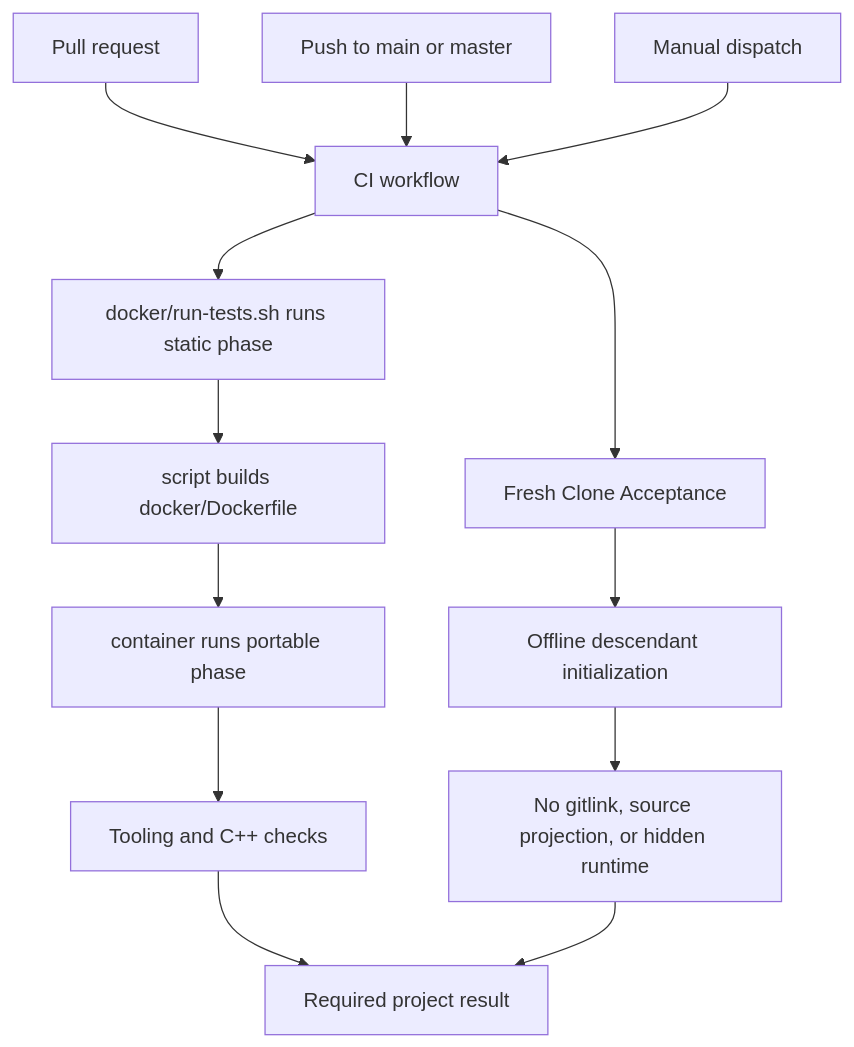
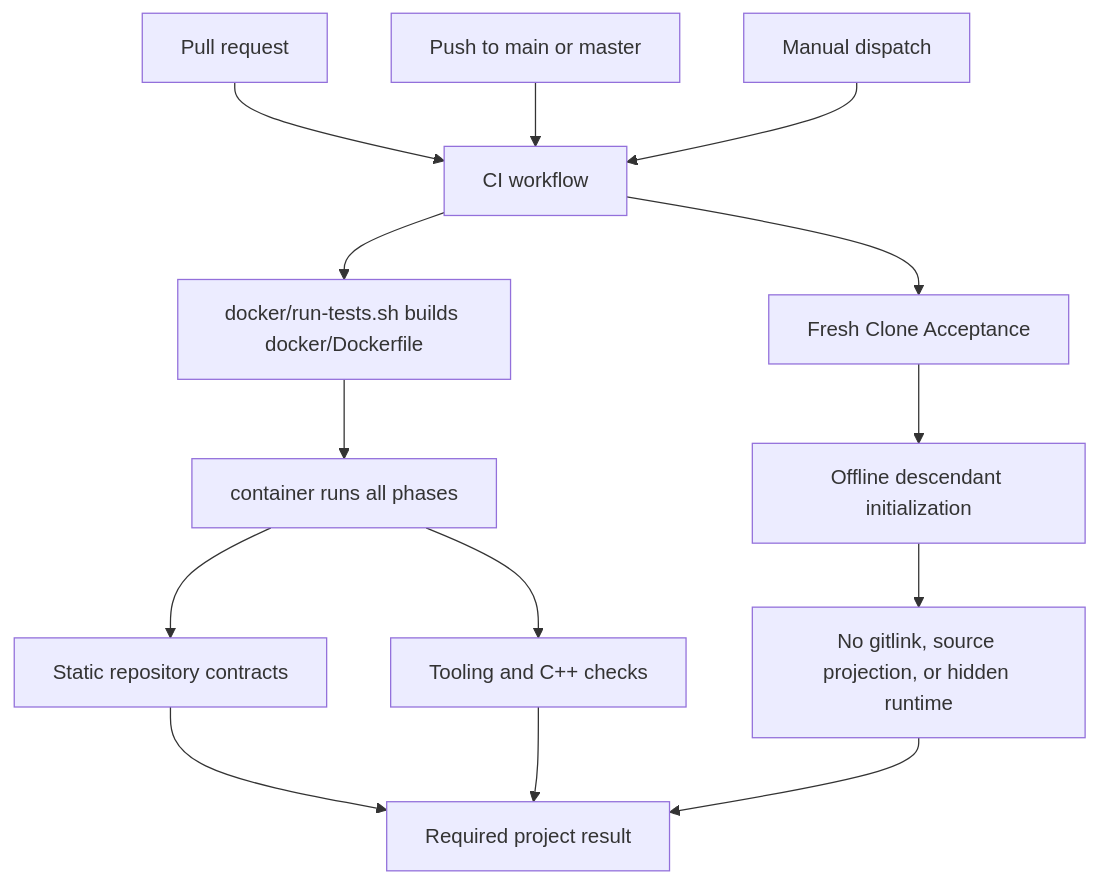
One commit to iwashita-nozomu/project_template changed the diagram in documents/design/github-actions.md. Above: the diagram before and after it, drawn with Mermaid. The commit also changed other lines of this file, not shown here.

````diff
--- a/documents/design/github-actions.md
+++ b/documents/design/github-actions.md
@@ -24,15 +24,16 @@
 ```mermaid
 flowchart TD
   pr[Pull request] --> ci[CI workflow]
   push[Push to main or master] --> ci
   manual[Manual dispatch] --> ci
-  ci --> static[docker/run-tests.sh runs static phase]
-  static --> build[script builds docker/Dockerfile]
-  build --> run[container runs portable phase]
-  run --> checks[Tooling and C++ checks]
+  ci --> build[docker/run-tests.sh builds docker/Dockerfile]
+  build --> run[container runs all phases]
+  run --> static[Static repository contracts]
+  run --> portable[Tooling and C++ checks]
   ci --> fresh[Fresh Clone Acceptance]
   fresh --> init[Offline descendant initialization]
   init --> boundary[No gitlink, source projection, or hidden runtime]
-  checks --> result[Required project result]
+  static --> result[Required project result]
+  portable --> result
   boundary --> result
 ```
````
